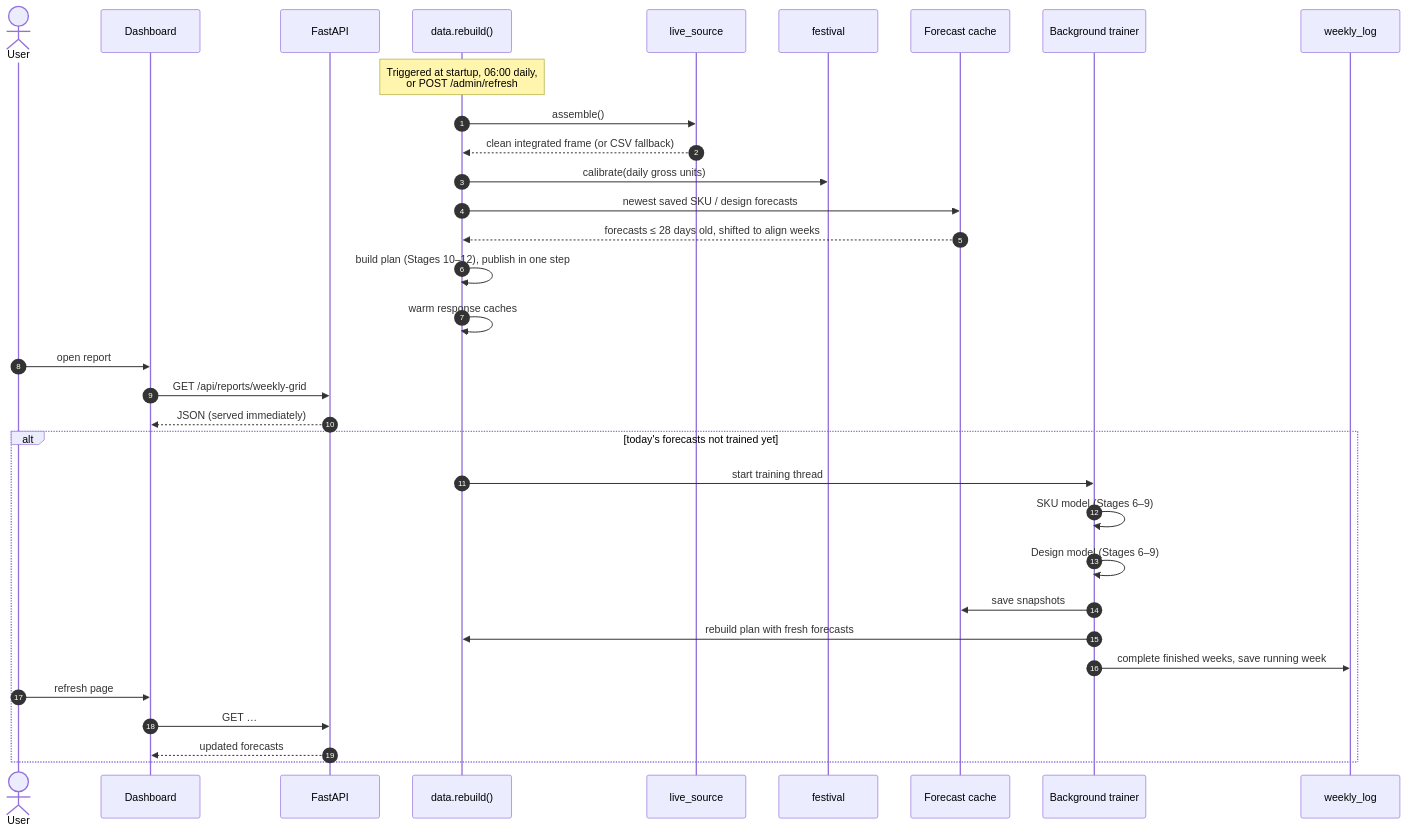
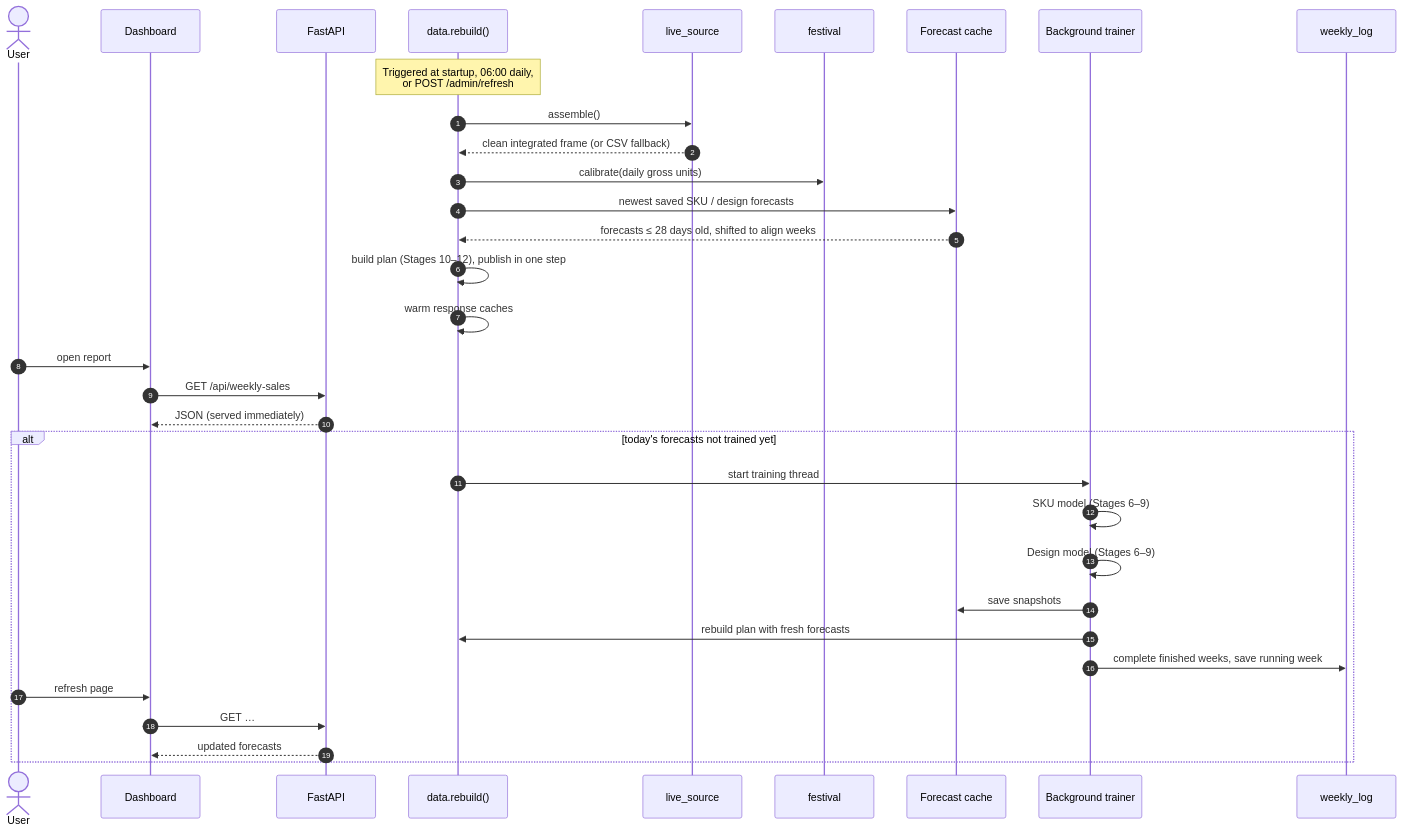
Before and after one commit to orlindatabase-lang/Demand-Forecasting: diagram 27 of 30 in README.md, drawn with Mermaid. The commit also changed other lines of this file and 20 other files, not shown here.

````diff
--- a/README.md
+++ b/README.md
@@ -1147,36 +1144,36 @@
 ```mermaid
 sequenceDiagram
     autonumber
     actor User
     participant UI as Dashboard
     participant API as FastAPI
     participant D as data.rebuild()
     participant L as live_source
     participant F as festival
     participant C as Forecast cache
     participant T as Background trainer
     participant W as weekly_log
 
     Note over D: Triggered at startup, 06:00 daily,<br/>or POST /admin/refresh
     D->>L: assemble()
     L-->>D: clean integrated frame (or CSV fallback)
     D->>F: calibrate(daily gross units)
     D->>C: newest saved SKU / design forecasts
     C-->>D: forecasts ≤ 28 days old, shifted to align weeks
     D->>D: build plan (Stages 10–12), publish in one step
     D->>D: warm response caches
     User->>UI: open report
-    UI->>API: GET /api/reports/weekly-grid
+    UI->>API: GET /api/weekly-sales
     API-->>UI: JSON (served immediately)
     alt today's forecasts not trained yet
         D->>T: start training thread
         T->>T: SKU model (Stages 6–9)
         T->>T: Design model (Stages 6–9)
         T->>C: save snapshots
         T->>D: rebuild plan with fresh forecasts
         T->>W: complete finished weeks, save running week
         User->>UI: refresh page
         UI->>API: GET …
         API-->>UI: updated forecasts
     end
 ```
````
